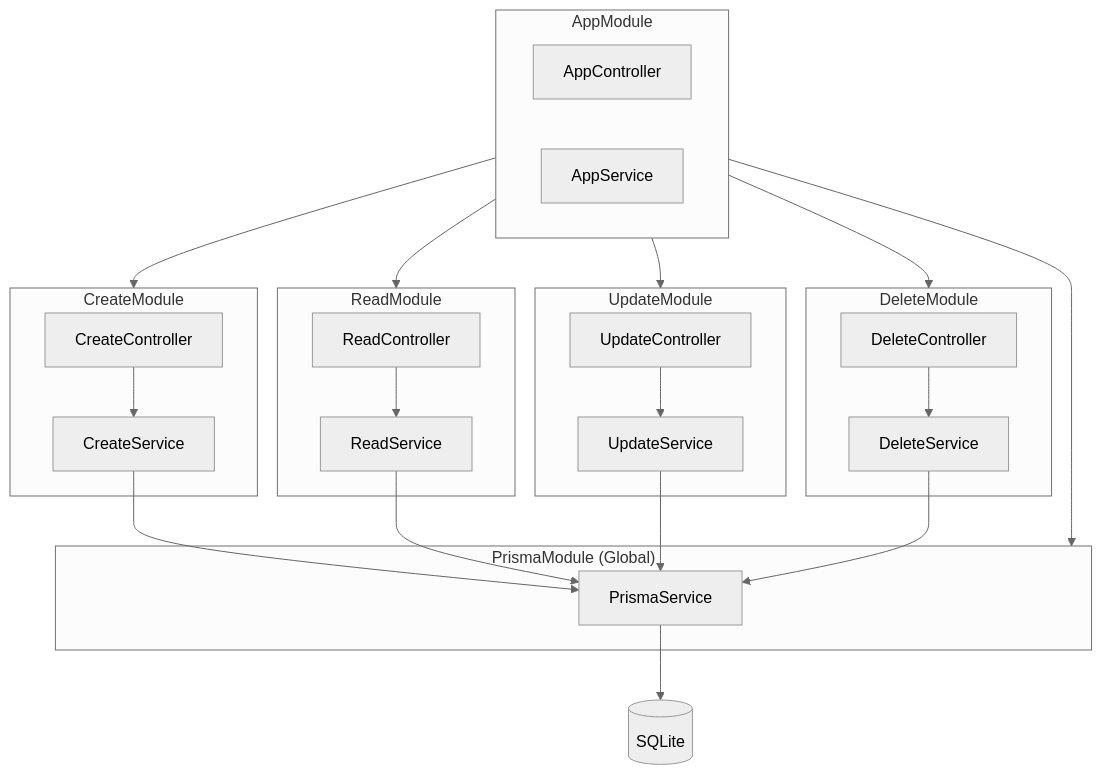
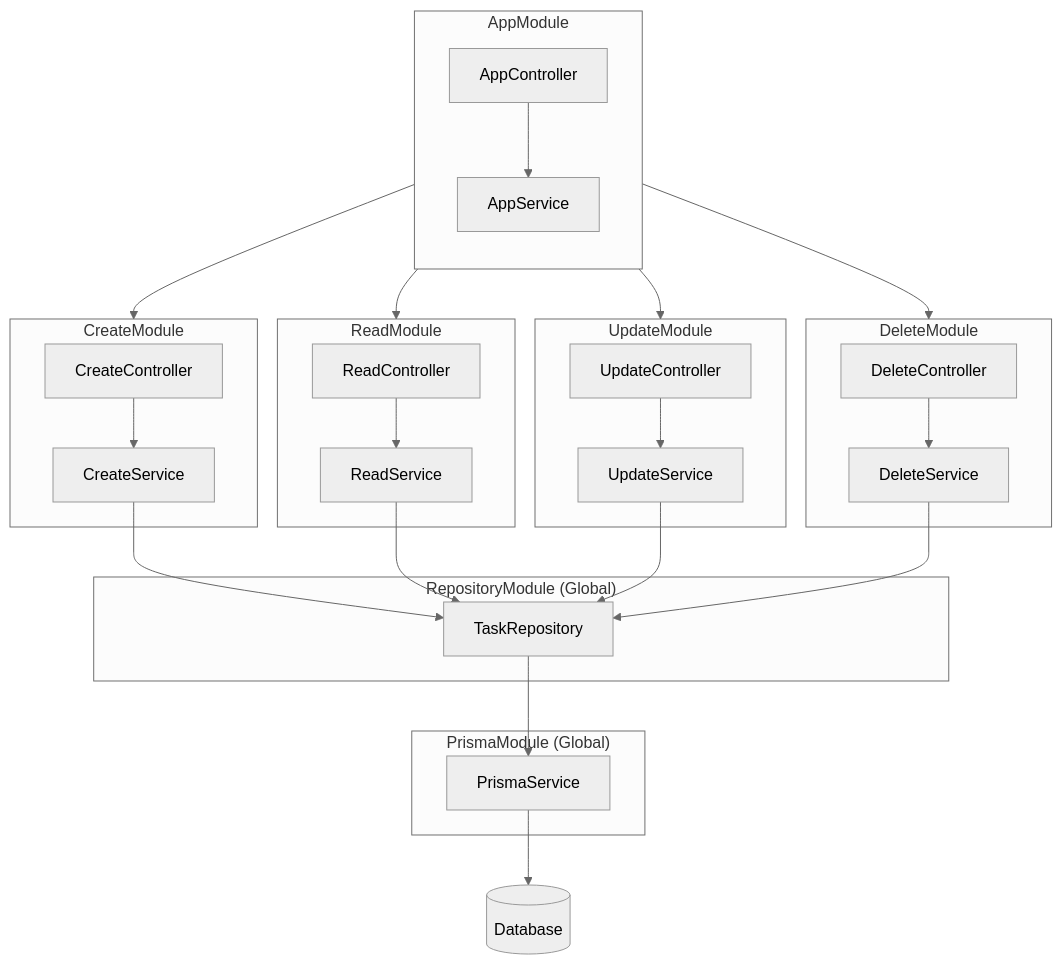
Before and after one commit to Yoshinami03/NestJS-TODO-App: the diagram in README.md, drawn with Mermaid (neutral theme). The commit also changed other lines of this file, not shown here.

Commit message:
update: README修正
Repository層追加するのでちょっと修正

````diff
--- a/README.md
+++ b/README.md
@@ -76,49 +79,55 @@
 ```mermaid
 flowchart TB
     subgraph App ["AppModule"]
-        AppController
+        direction TB
+        AppController-->
         AppService
     end
 
     subgraph Prisma ["PrismaModule (Global)"]
         PrismaService
+    end
+
+    subgraph Repository ["RepositoryModule (Global)"]
+        TaskRepository
     end
 
     subgraph CreateMod ["CreateModule"]
         CreateController
         CreateService
     end
 
     subgraph ReadMod ["ReadModule"]
         ReadController
         ReadService
     end
 
     subgraph UpdateMod ["UpdateModule"]
         UpdateController
         UpdateService
     end
 
     subgraph DeleteMod ["DeleteModule"]
         DeleteController
         DeleteService
     end
 
-    App --> Prisma
-    App --> CreateMod
-    App --> ReadMod
-    App --> UpdateMod
-    App --> DeleteMod
+    AppService --> CreateMod
+    AppService --> ReadMod
+    AppService --> UpdateMod
+    AppService --> DeleteMod
+
+    TaskRepository --> PrismaService
     
-    PrismaService --> DB[("SQLite")]
-
-    CreateService --> PrismaService
-    ReadService --> PrismaService
-    UpdateService --> PrismaService
-    DeleteService --> PrismaService
+    CreateService --> TaskRepository
+    ReadService --> TaskRepository
+    UpdateService --> TaskRepository
+    DeleteService --> TaskRepository
 
     CreateController --> CreateService
     ReadController --> ReadService
     UpdateController --> UpdateService
     DeleteController --> DeleteService
+
+    PrismaService --> DB[("Database")]
 ```
````
